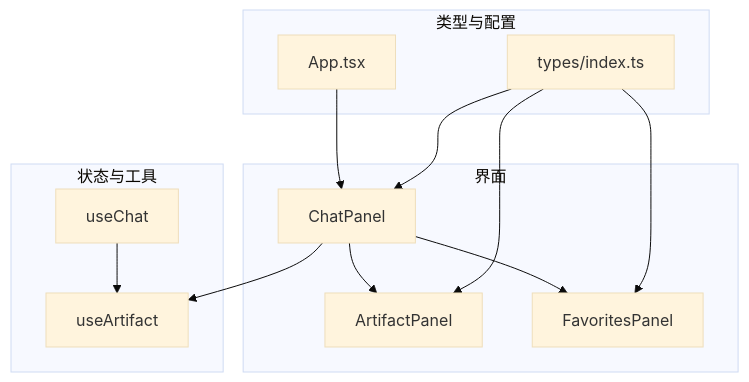
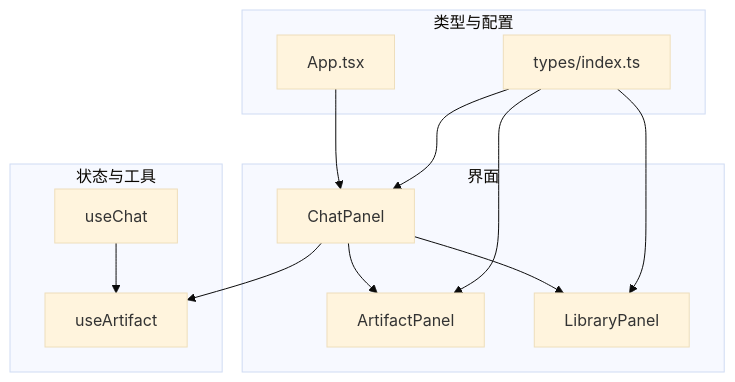
The first of 5 diagrams in .qoder/repowiki/zh/content/架构设计/组件架构设计/功能面板组件/聊天面板组件/Artifact 集成.md (billye220670/AIShop), drawn with Mermaid (base theme) before and after one commit. The commit also changed other lines of this file and 99 other files, not shown here.

````diff
--- a/.qoder/repowiki/zh/content/架构设计/组件架构设计/功能面板组件/聊天面板组件/Artifact 集成.md
+++ b/.qoder/repowiki/zh/content/架构设计/组件架构设计/功能面板组件/聊天面板组件/Artifact 集成.md
@@ -39,24 +39,24 @@
 ```mermaid
 graph TB
 subgraph "界面"
 A["ChatPanel"]
 B["ArtifactPanel"]
-C["FavoritesPanel"]
+C["LibraryPanel"]
 end
 subgraph "状态与工具"
 D["useArtifact"]
 E["useChat"]
 end
 subgraph "类型与配置"
 F["types/index.ts"]
 G["App.tsx"]
 end
 A --> D
 A --> B
 A --> C
 E --> D
 G --> A
 F --> A
 F --> B
 F --> C
 ```
````
